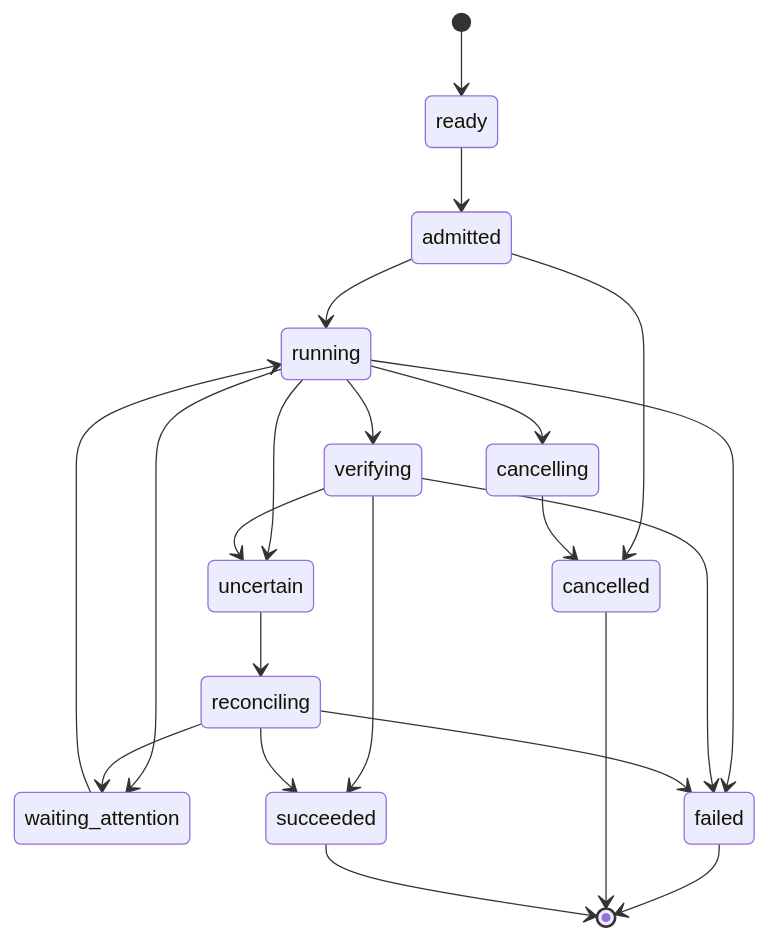
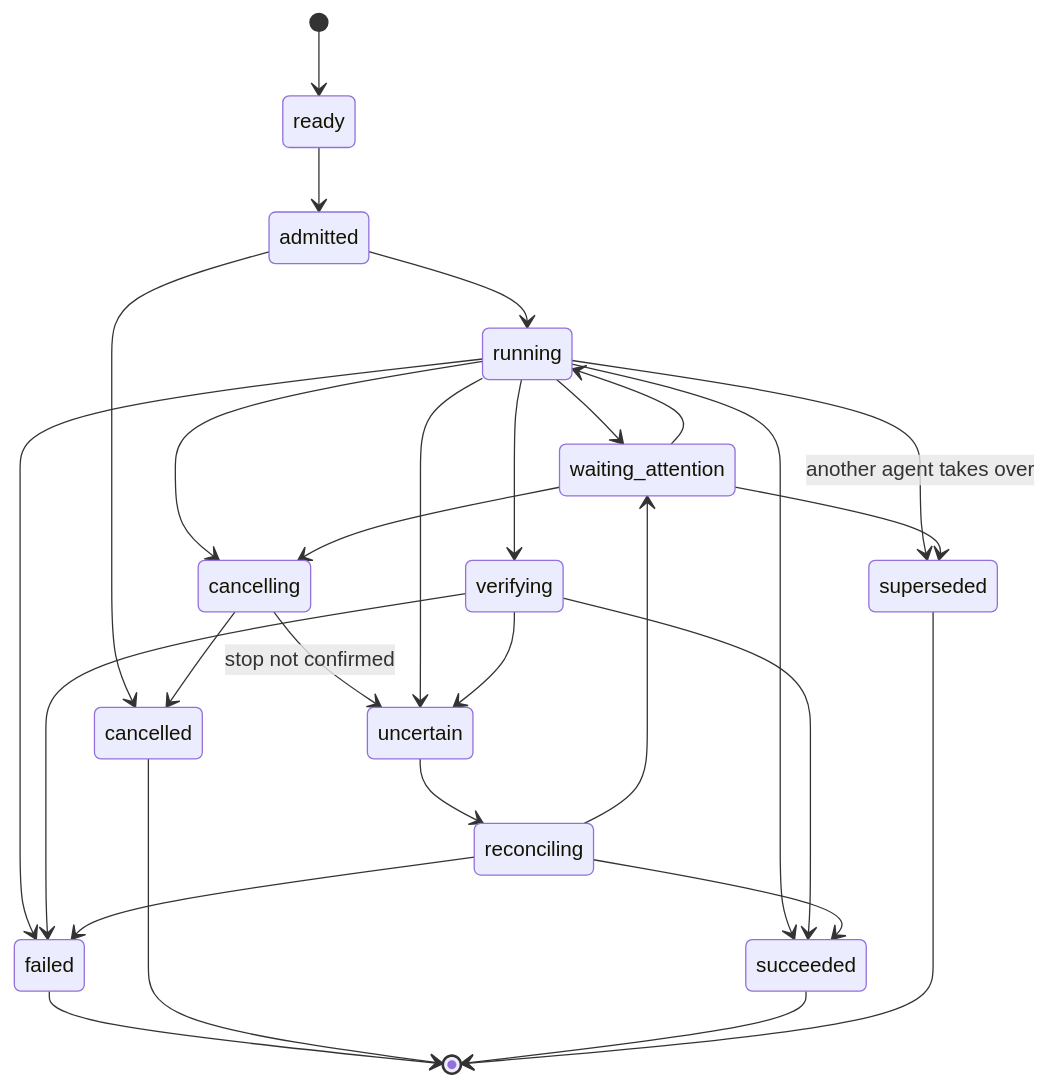
Before and after one commit to AltharIDE/althar: the diagram in docs/architecture/05-workflow-engine.md, drawn with Mermaid. The commit also changed other lines of this file and 17 other files, not shown here.

````diff
--- a/docs/architecture/05-workflow-engine.md
+++ b/docs/architecture/05-workflow-engine.md
@@ -128,24 +128,30 @@
 ```mermaid
 stateDiagram-v2
     [*] --> ready
     ready --> admitted
     admitted --> running
+    admitted --> cancelled
+    running --> succeeded
     running --> waiting_attention
     waiting_attention --> running
     running --> verifying
     verifying --> succeeded
-    admitted --> cancelled
     running --> cancelling
+    waiting_attention --> cancelling
     cancelling --> cancelled
+    cancelling --> uncertain: stop not confirmed
     running --> failed
     verifying --> failed
     running --> uncertain
     verifying --> uncertain
     uncertain --> reconciling
     reconciling --> succeeded
     reconciling --> failed
     reconciling --> waiting_attention
+    running --> superseded: another agent takes over
+    waiting_attention --> superseded
     failed --> [*]
     cancelled --> [*]
     succeeded --> [*]
+    superseded --> [*]
 ```
````
